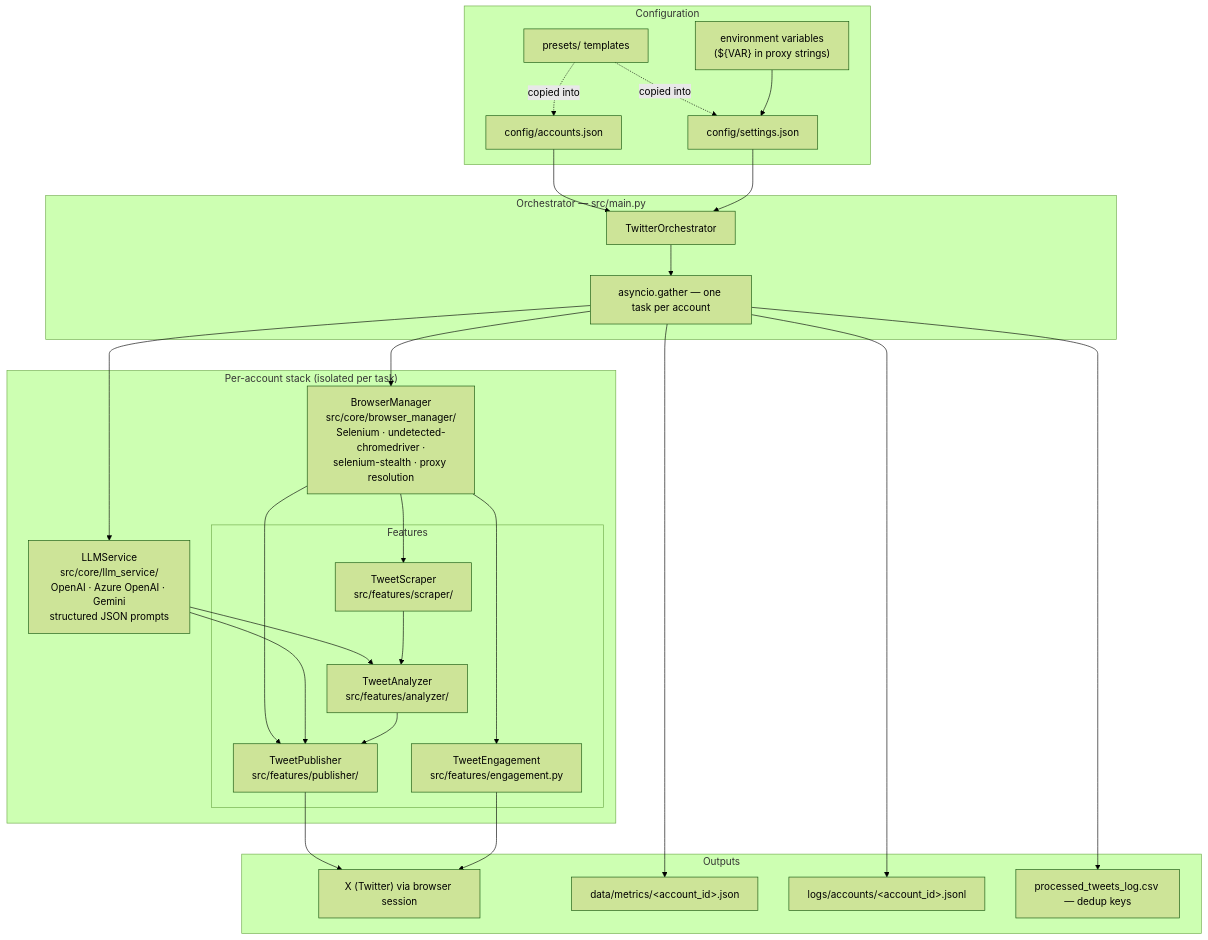
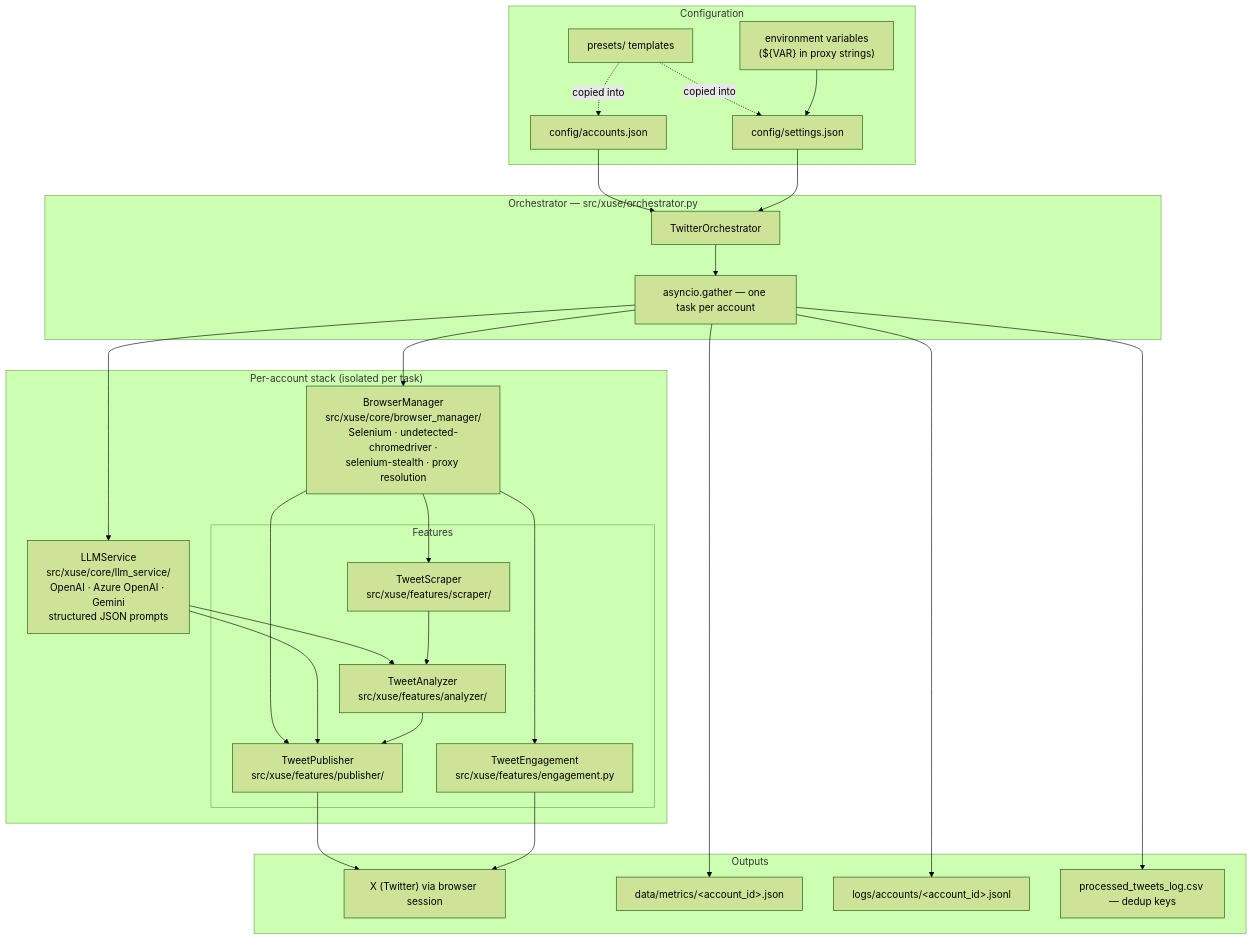
One commit to ihuzaifashoukat/twitter-automation-ai changed the first of 2 diagrams in ARCHITECTURE.md. Above: the diagram before and after it, drawn with Mermaid (forest theme). The commit also changed other lines of this file, not shown here.

First line of the commit message:
docs(architecture): update to shipped v2.0 state

````diff
--- a/ARCHITECTURE.md
+++ b/ARCHITECTURE.md
@@ -20,53 +20,53 @@
 ```mermaid
 flowchart TD
     subgraph CFG["Configuration"]
         A1["config/accounts.json"]
         A2["config/settings.json"]
         A3["presets/ templates"]
         A4["environment variables<br/>(${VAR} in proxy strings)"]
     end
 
-    subgraph ORCH["Orchestrator — src/main.py"]
+    subgraph ORCH["Orchestrator — src/xuse/orchestrator.py"]
         O1["TwitterOrchestrator"]
         O2["asyncio.gather — one task per account"]
     end
 
     subgraph ACCT["Per-account stack (isolated per task)"]
-        B1["BrowserManager<br/>src/core/browser_manager/<br/>Selenium · undetected-chromedriver ·<br/>selenium-stealth · proxy resolution"]
-        B2["LLMService<br/>src/core/llm_service/<br/>OpenAI · Azure OpenAI · Gemini<br/>structured JSON prompts"]
+        B1["BrowserManager<br/>src/xuse/core/browser_manager/<br/>Selenium · undetected-chromedriver ·<br/>selenium-stealth · proxy resolution"]
+        B2["LLMService<br/>src/xuse/core/llm_service/<br/>OpenAI · Azure OpenAI · Gemini<br/>structured JSON prompts"]
         subgraph FEAT["Features"]
-            F1["TweetScraper<br/>src/features/scraper/"]
-            F2["TweetPublisher<br/>src/features/publisher/"]
-            F3["TweetEngagement<br/>src/features/engagement.py"]
-            F4["TweetAnalyzer<br/>src/features/analyzer/"]
+            F1["TweetScraper<br/>src/xuse/features/scraper/"]
+            F2["TweetPublisher<br/>src/xuse/features/publisher/"]
+            F3["TweetEngagement<br/>src/xuse/features/engagement.py"]
+            F4["TweetAnalyzer<br/>src/xuse/features/analyzer/"]
         end
     end
 
     subgraph OUT["Outputs"]
         X1["X (Twitter) via browser session"]
         X2["data/metrics/&lt;account_id&gt;.json"]
         X3["logs/accounts/&lt;account_id&gt;.jsonl"]
         X4["processed_tweets_log.csv — dedup keys"]
     end
 
     A3 -. "copied into" .-> A1
     A3 -. "copied into" .-> A2
     A4 --> A2
     A1 --> O1
     A2 --> O1
     O1 --> O2
     O2 --> B1
     O2 --> B2
     B1 --> F1
     B1 --> F2
     B1 --> F3
     B2 --> F2
     B2 --> F4
     F4 --> F2
     F1 --> F4
     F2 --> X1
     F3 --> X1
     O2 --> X2
     O2 --> X3
     O2 --> X4
 ```
````
